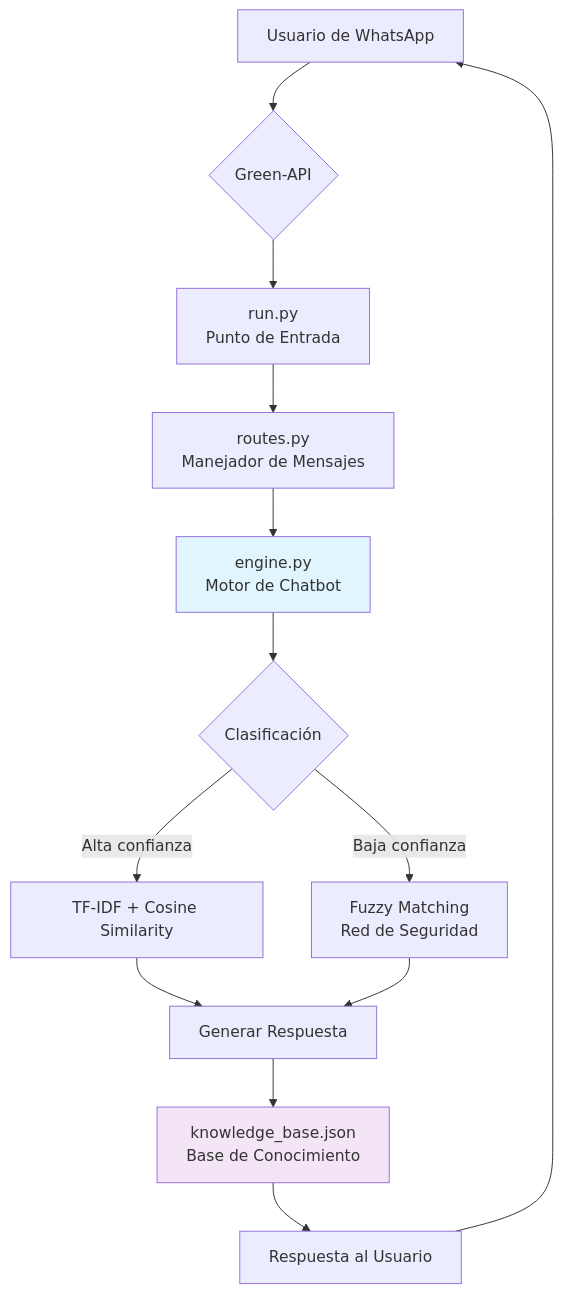
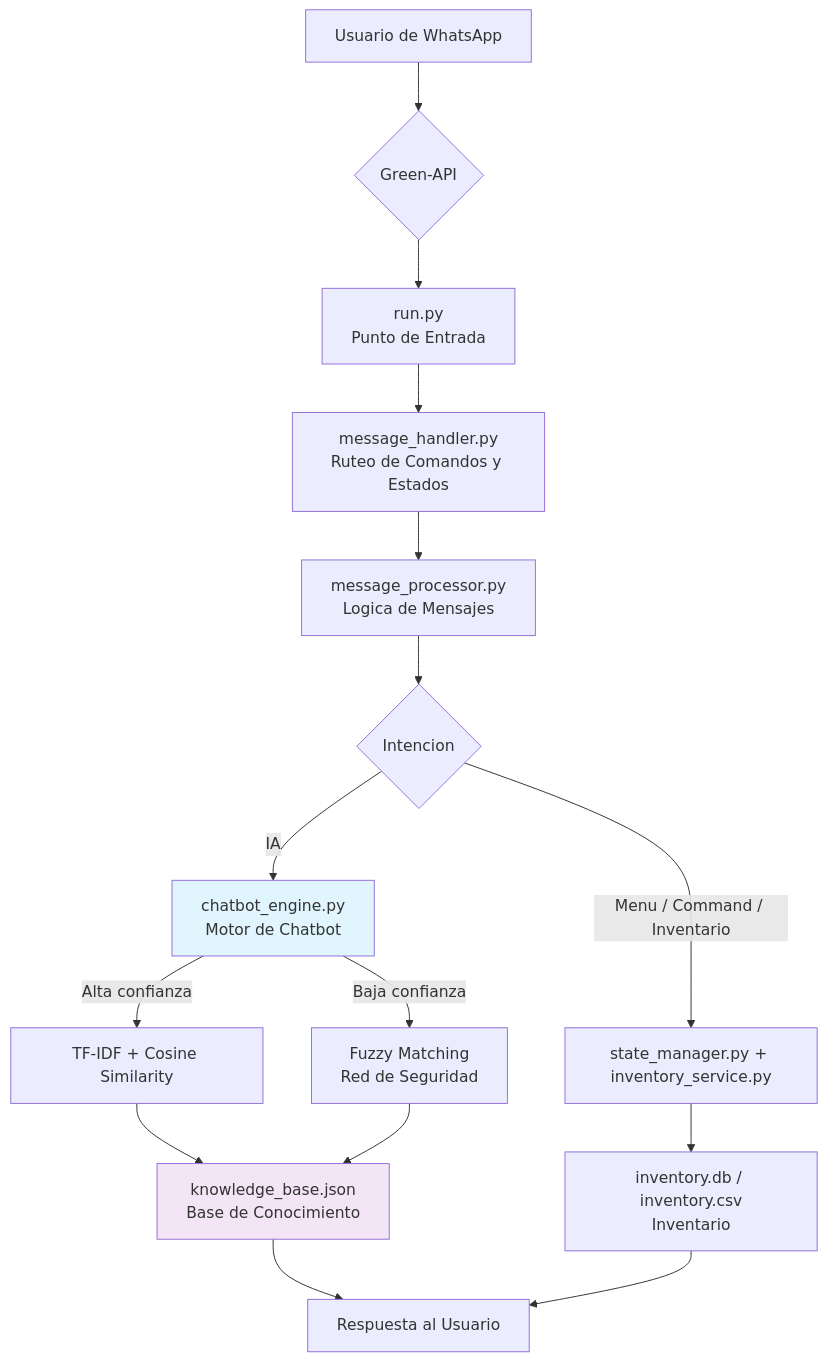
Before and after one commit to ITZ-NANO21-MC/Chatbot_With_ML: the diagram in README.md, drawn with Mermaid. The commit also changed other lines of this file and 10 other files, not shown here.

````diff
--- a/README.md
+++ b/README.md
@@ -21,18 +21,20 @@
 ```mermaid
 graph TB
     A[Usuario de WhatsApp] --> B{Green-API}
     B --> C[run.py<br/>Punto de Entrada]
-    C --> D[routes.py<br/>Manejador de Mensajes]
-    D --> E[engine.py<br/>Motor de Chatbot]
-    E --> F{Clasificación}
-    F -->|Alta confianza| G[TF-IDF + Cosine Similarity]
-    F -->|Baja confianza| H[Fuzzy Matching<br/>Red de Seguridad]
-    G --> I[Generar Respuesta]
-    H --> I
-    I --> J[knowledge_base.json<br/>Base de Conocimiento]
-    J --> K[Respuesta al Usuario]
-    K --> A
-    
-    style E fill:#e1f5fe
-    style J fill:#f3e5f5
+    C --> D[message_handler.py<br/>Ruteo de Comandos y Estados]
+    D --> E[message_processor.py<br/>Logica de Mensajes]
+    E --> F{Intencion}
+    F -->|Menu / Command / Inventario| G[state_manager.py + inventory_service.py]
+    F -->|IA| H[chatbot_engine.py<br/>Motor de Chatbot]
+    H -->|Alta confianza| I[TF-IDF + Cosine Similarity]
+    H -->|Baja confianza| J[Fuzzy Matching<br/>Red de Seguridad]
+    I --> K[knowledge_base.json<br/>Base de Conocimiento]
+    J --> K
+    G --> L[inventory.db / inventory.csv<br/>Inventario]
+    K --> M[Respuesta al Usuario]
+    L --> M
+
+    style H fill:#e1f5fe
+    style K fill:#f3e5f5
 ```
````
